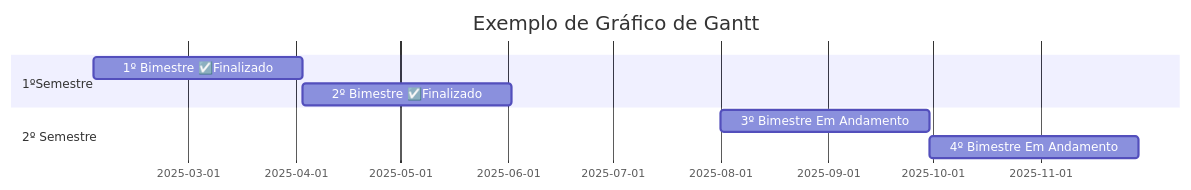
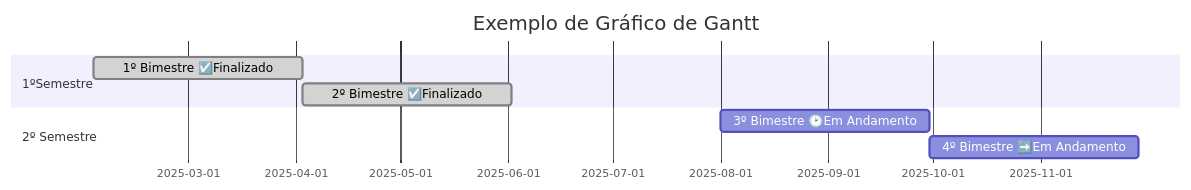
Before and after one commit to ViniSouzaCosta/Gr-fico-Gantt: the third of 3 diagrams in README.md, drawn with Mermaid.

````diff
--- a/README.md
+++ b/README.md
@@ -20,11 +20,11 @@
 ```mermaid
 gantt
    title Exemplo de Gráfico de Gantt
    dateFormat YYYY-MM-DD
    section 1ºSemestre
-   1º Bimestre ☑️Finalizado:a1, 2025-02-02, 60d
-   2º Bimestre ☑️Finalizado:a2, after a1, 60d
+   1º Bimestre ☑️Finalizado:done, 2025-02-02, 60d
+   2º Bimestre ☑️Finalizado:done, after a1, 60d
    section 2º Semestre
-   3º Bimestre Em Andamento: a3, 2025-08-01, 60d
-   4º Bimestre Em Andamento: a4, after a3,60d
+   3º Bimestre 🕑Em Andamento:active a3, 2025-08-01, 60d
+   4º Bimestre ➡️Em Andamento:crit a4, after a3,60d
 ```
````
